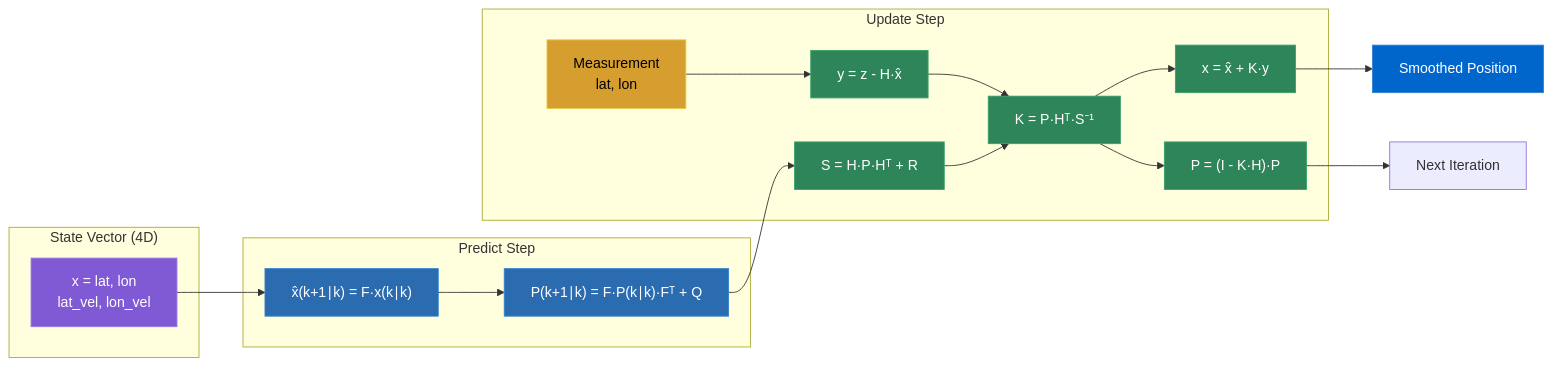
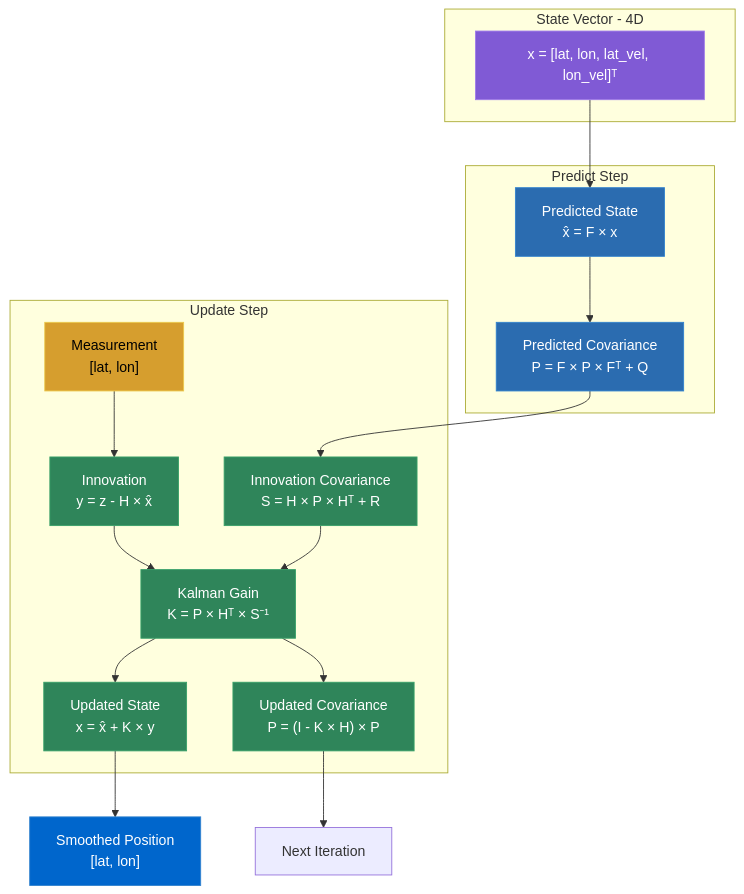
Before and after one commit to A-KGeorge/serverless-gps-demo-dspx: the fourth of 4 diagrams in ARCHITECTURE.md, drawn with Mermaid. The commit also changed other lines of this file, not shown here.

Commit message:
feat: Enhance architecture documentation with detailed processing flow and state vector diagrams

````diff
--- a/ARCHITECTURE.md
+++ b/ARCHITECTURE.md
@@ -593,42 +620,42 @@
 ```mermaid
-flowchart LR
-    subgraph State["State Vector (4D)"]
-        X[x = lat, lon<br/>lat_vel, lon_vel]
+flowchart TB
+    subgraph State["State Vector - 4D"]
+        X["x = [lat, lon, lat_vel, lon_vel]ᵀ"]
     end
 
     subgraph Predict["Predict Step"]
-        P1["x̂(k+1∣k) = F·x(k∣k)"]
-        P2["P(k+1∣k) = F·P(k∣k)·Fᵀ + Q"]
+        P1["Predicted State<br/>x̂ = F × x"]
+        P2["Predicted Covariance<br/>P = F × P × Fᵀ + Q"]
     end
 
     subgraph Update["Update Step"]
-        Z[Measurement<br/>lat, lon]
-        U1["y = z - H·x̂"]
-        U2["S = H·P·Hᵀ + R"]
-        U3["K = P·Hᵀ·S⁻¹"]
-        U4["x = x̂ + K·y"]
-        U5["P = (I - K·H)·P"]
+        Z["Measurement<br/>[lat, lon]"]
+        U1["Innovation<br/>y = z - H × x̂"]
+        U2["Innovation Covariance<br/>S = H × P × Hᵀ + R"]
+        U3["Kalman Gain<br/>K = P × Hᵀ × S⁻¹"]
+        U4["Updated State<br/>x = x̂ + K × y"]
+        U5["Updated Covariance<br/>P = (I - K × H) × P"]
     end
 
     X --> P1
     P1 --> P2
     Z --> U1
     P2 --> U2
     U1 --> U3
     U2 --> U3
     U3 --> U4
     U3 --> U5
-    U4 --> Output[Smoothed Position]
+    U4 --> Output["Smoothed Position<br/>[lat, lon]"]
     U5 --> NextCycle[Next Iteration]
 
     style X fill:#805ad5,stroke:#9f7aea,color:#fff
     style P1 fill:#2b6cb0,stroke:#3182ce,color:#fff
     style P2 fill:#2b6cb0,stroke:#3182ce,color:#fff
     style Z fill:#d69e2e,stroke:#ecc94b,color:#000
     style U1 fill:#2f855a,stroke:#38a169,color:#fff
     style U2 fill:#2f855a,stroke:#38a169,color:#fff
     style U3 fill:#2f855a,stroke:#38a169,color:#fff
     style U4 fill:#2f855a,stroke:#38a169,color:#fff
     style U5 fill:#2f855a,stroke:#38a169,color:#fff
     style Output fill:#0066cc,stroke:#3182ce,color:#fff
 ```
````
